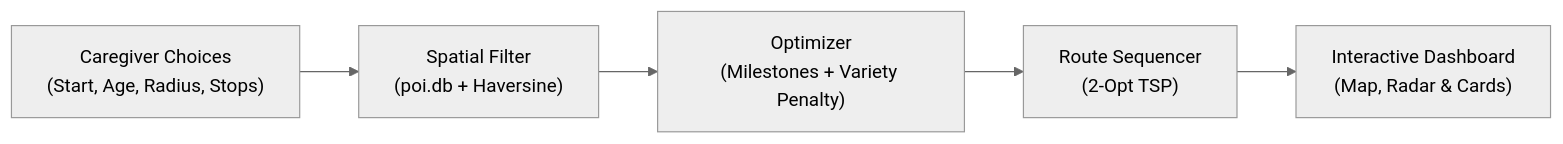
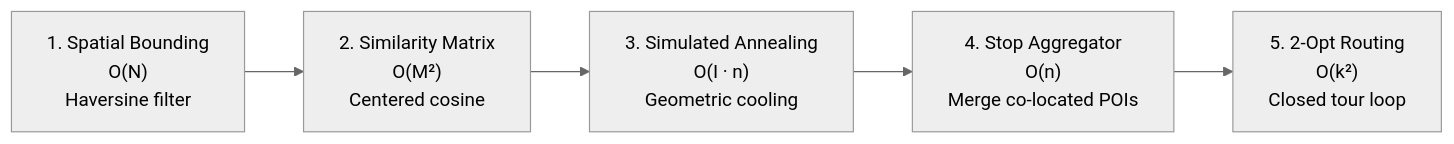
One commit to manoj-android/cse-6242-project changed the second of 2 diagrams in projectwork/docs/spark_deep_technical_spec.md. Above: the diagram before and after it, drawn with Mermaid (neutral theme). The commit also changed other lines of this file and 37 other files, not shown here.

````diff
--- a/projectwork/docs/spark_deep_technical_spec.md
+++ b/projectwork/docs/spark_deep_technical_spec.md
@@ -9,7 +146,7 @@
 ```mermaid
 flowchart LR
-    A["Caregiver Choices<br/>(Start, Age, Radius, Stops)"] --> B["Spatial Filter<br/>(poi.db + Haversine)"]
-    B --> C["Optimizer<br/>(Milestones + Variety Penalty)"]
-    C --> D["Route Sequencer<br/>(2-Opt TSP)"]
-    D --> E["Interactive Dashboard<br/>(Map, Radar & Cards)"]
+    Step1["1. Spatial Bounding<br/>O(N)<br/>Haversine filter"] --> Step2["2. Similarity Matrix<br/>O(M²)<br/>Centered cosine"]
+    Step2 --> Step3["3. Simulated Annealing<br/>O(I · n)<br/>Geometric cooling"]
+    Step3 --> Step4["4. Stop Aggregator<br/>O(n)<br/>Merge co-located POIs"]
+    Step4 --> Step5["5. 2-Opt Routing<br/>O(k²)<br/>Closed tour loop"]
 ```
````
